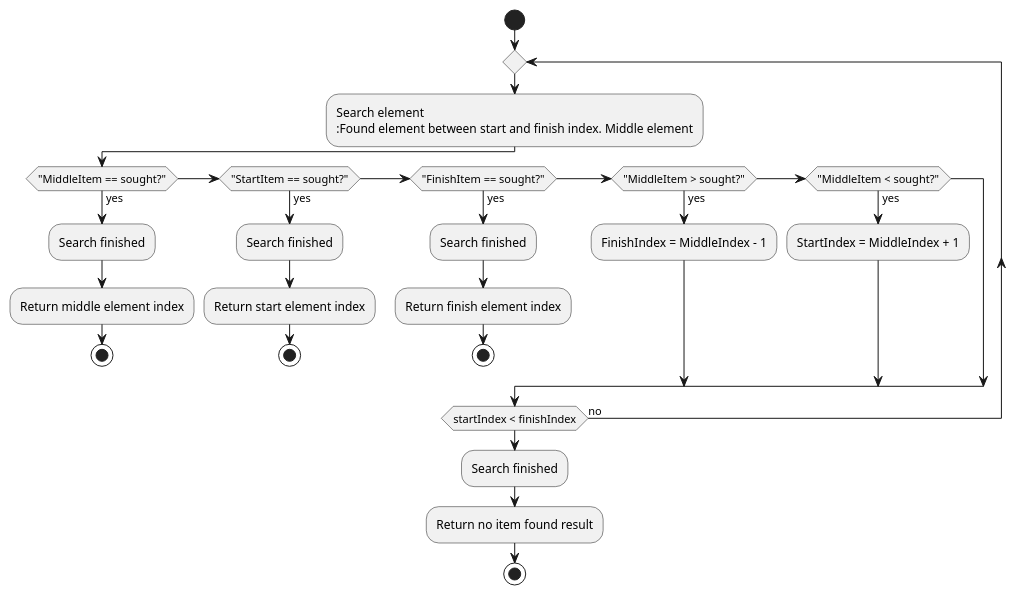
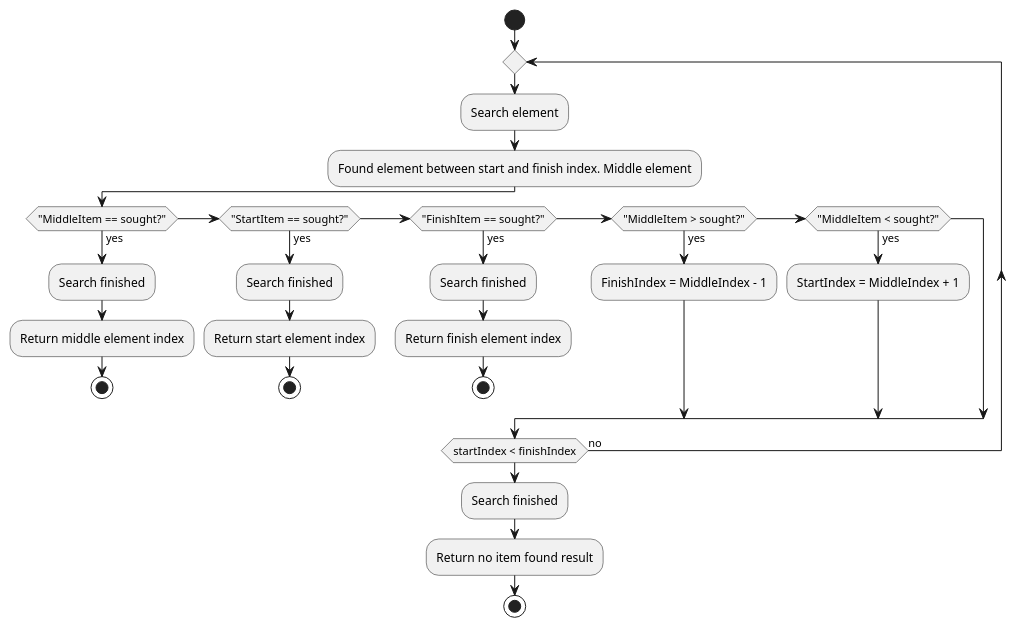
One commit to ihrupin/algorithms changed the diagram in Searching/Binary_search/diagram.puml. Above: the diagram before and after it, drawn with PlantUML.

Commit message:
added diagram for Binary Search algorithm

```diff
--- a/Searching/Binary_search/diagram.puml
+++ b/Searching/Binary_search/diagram.puml
@@ -1,35 +1,35 @@
 @startuml
 
 start
 
     repeat
 
-        :Search element 
+        :Search element;
         :Found element between start and finish index. Middle element;
 
         if ("MiddleItem == sought?") then (yes)
             :Search finished;
             :Return middle element index;
             stop
         elseif ("StartItem == sought?") then (yes)
             :Search finished;
             :Return start element index;
             stop
         elseif ("FinishItem == sought?") then (yes)
             :Search finished;
             :Return finish element index;
             stop
         elseif ("MiddleItem > sought?") then (yes)
             :FinishIndex = MiddleIndex - 1;
         elseif ("MiddleItem < sought?") then (yes)
             :StartIndex = MiddleIndex + 1;
         endif
 
     repeat while (startIndex < finishIndex) is (no)
 
     :Search finished;
     :Return no item found result;
 
 stop
 
 @enduml
```
